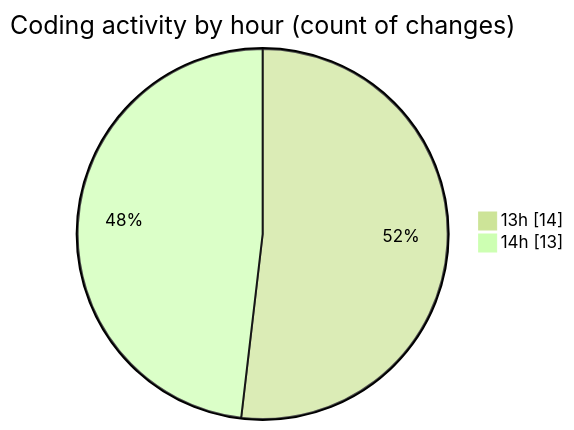
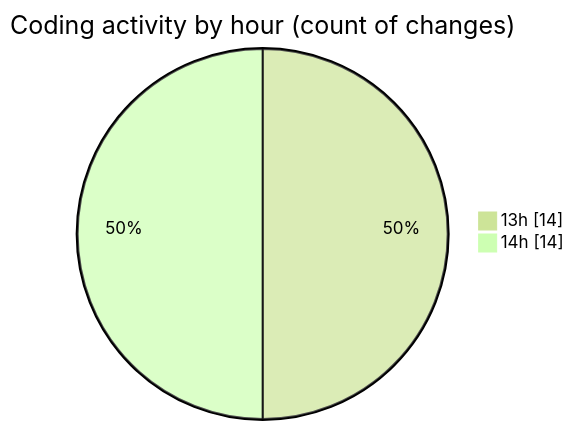
Before and after one commit to momahboobian/code-tracking: the second of 2 diagrams in 2025-11-26/cda/README.md, drawn with Mermaid (forest theme). The commit also changed other lines of this file and 1 other file, not shown here.

````diff
--- a/2025-11-26/cda/README.md
+++ b/2025-11-26/cda/README.md
@@ -28,6 +30,6 @@
 ```mermaid
 pie showData
 title Coding activity by hour (count of changes)
 "13h" : 14
-"14h" : 13
+"14h" : 14
 ```
````
